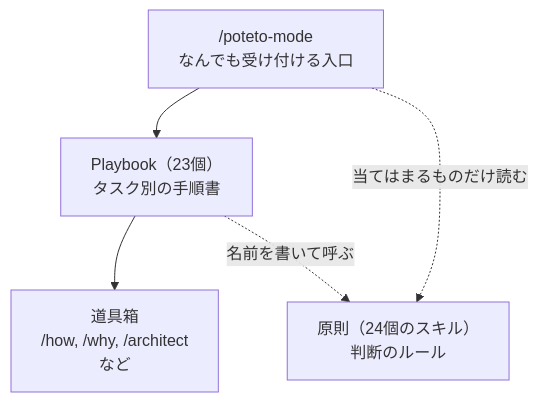
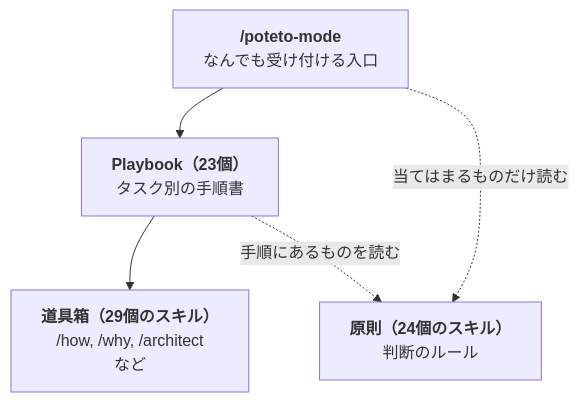
Before and after one commit to nakamoto-masa/zenn-content: the first of 2 diagrams in articles/pstack-mechanism.md, drawn with Mermaid. The commit also changed other lines of this file, not shown here.

Commit message:
pstack構造編の数と言い回しを直し、図の名前を太字にして参考を足す

````diff
--- a/articles/pstack-mechanism.md
+++ b/articles/pstack-mechanism.md
@@ -29,10 +29,10 @@
 ```mermaid
 flowchart TB
-  M["/poteto-mode<br>なんでも受け付ける入口"] --> P
+  M["<b>/poteto-mode</b><br>なんでも受け付ける入口"] --> P
   M -. 当てはまるものだけ読む .-> R
-  P["Playbook（23個）<br>タスク別の手順書"]
-  R["原則（24個のスキル）<br>判断のルール"]
+  P["<b>Playbook（23個）</b><br>タスク別の手順書"]
+  R["<b>原則（24個のスキル）</b><br>判断のルール"]
   P --> T
-  P -. 名前を書いて呼ぶ .-> R
-  T["道具箱<br>/how, /why, /architect<br>など"]
+  P -. 手順にあるものを読む .-> R
+  T["<b>道具箱（29個のスキル）</b><br>/how, /why, /architect<br>など"]
 ```
````
